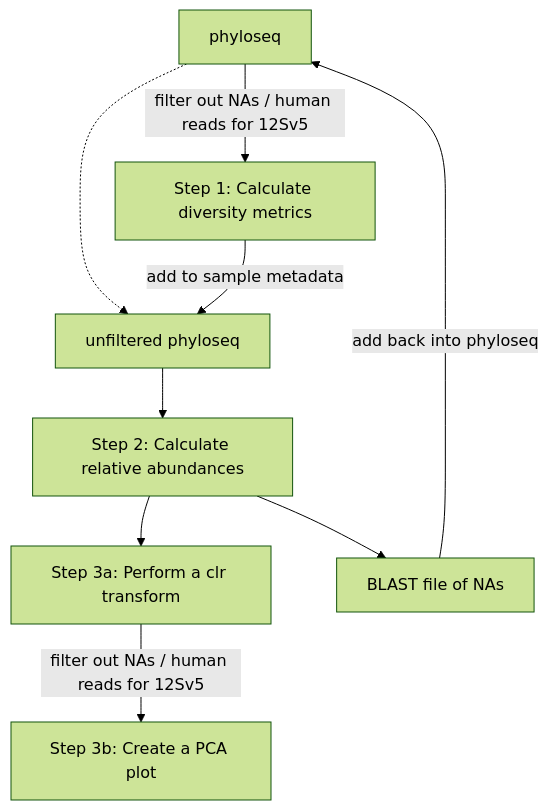
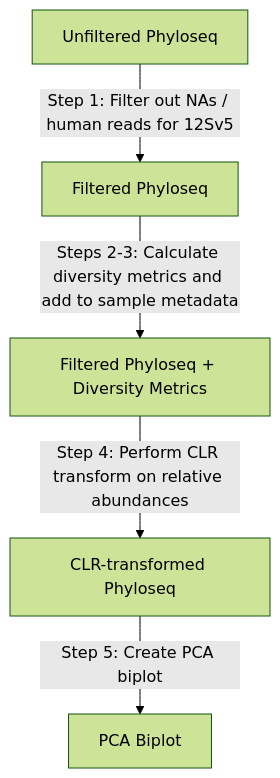
Before and after one commit to LAD-LAB/lad-lab.github.io: the diagram in docs/processing.md, drawn with Mermaid (forest theme).

Commit message:
Updated phyloseq analysis flow chart

````diff
--- a/docs/processing.md
+++ b/docs/processing.md
@@ -5,12 +5,7 @@
 ``` mermaid
 graph TD
-    A[phyloseq] --> |filter out NAs / human reads for 12Sv5| B[Step 1: Calculate diversity metrics]
-    A -.-> C[unfiltered phyloseq]
-    B --> |add to sample metadata| C
-    C --> D[Step 2: Calculate relative abundances]
-    D --> E[Step 3a: Perform a clr transform]
-    D --> F[BLAST file of NAs]
-    F --> |add back into phyloseq| A
-    E --> |filter out NAs / human reads for 12Sv5| G[Step 3b: Create a PCA plot]
-
+    A[Unfiltered Phyloseq] -->|Step 1: Filter out NAs / human reads for 12Sv5| B[Filtered Phyloseq]
+    B -->|Steps 2-3: Calculate diversity metrics and add to sample metadata| C[Filtered Phyloseq + Diversity Metrics]
+    C -->|Step 4: Perform CLR transform on relative abundances| D[CLR-transformed Phyloseq]
+    D -->|Step 5: Create PCA biplot| E[PCA Biplot]
 ```
````
